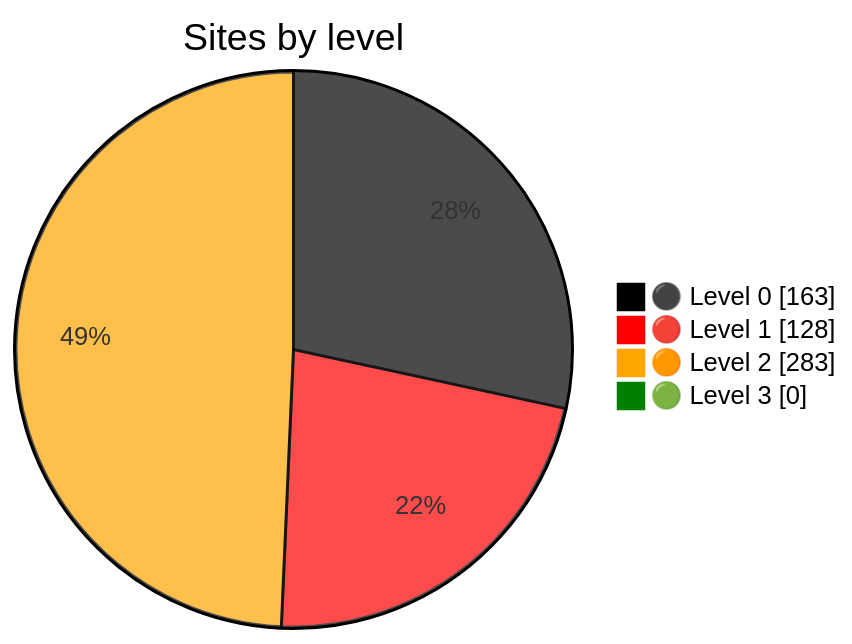
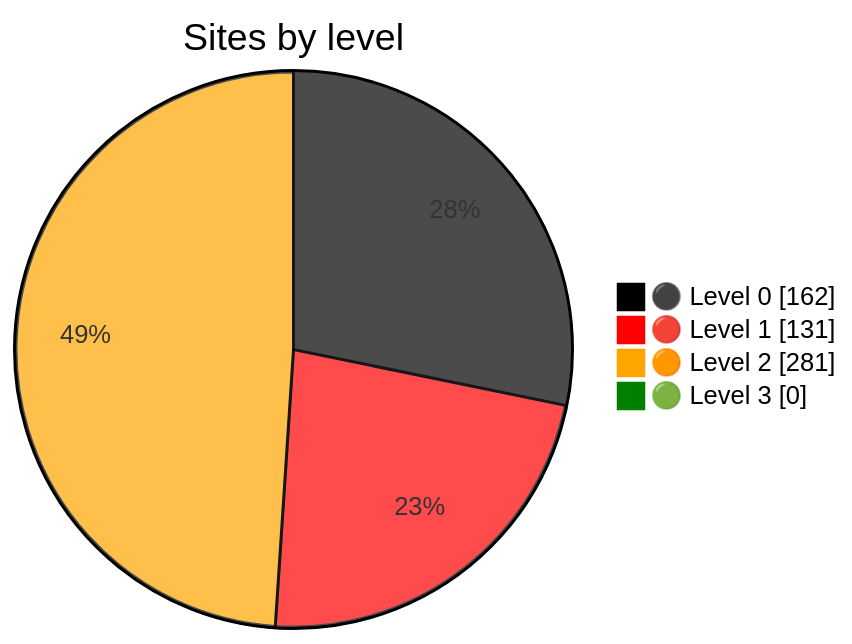
One commit to Dushmilan/gov_lk_web_auditor changed the diagram in README.md. Above: the diagram before and after it, drawn with Mermaid. The commit also changed other lines of this file and 2614 other files, not shown here.

````diff
--- a/README.md
+++ b/README.md
@@ -24,9 +24,9 @@
 ```mermaid
 %%{init: {"themeVariables":{"pie1":"black","pie2":"red","pie3":"orange","pie4":"green"}}}%%
 pie showData
     title Sites by level
-    "⚫ Level 0" : 163
-    "🔴 Level 1" : 128
-    "🟠 Level 2" : 283
+    "⚫ Level 0" : 162
+    "🔴 Level 1" : 131
+    "🟠 Level 2" : 281
     "🟢 Level 3" : 0
 ```
````
